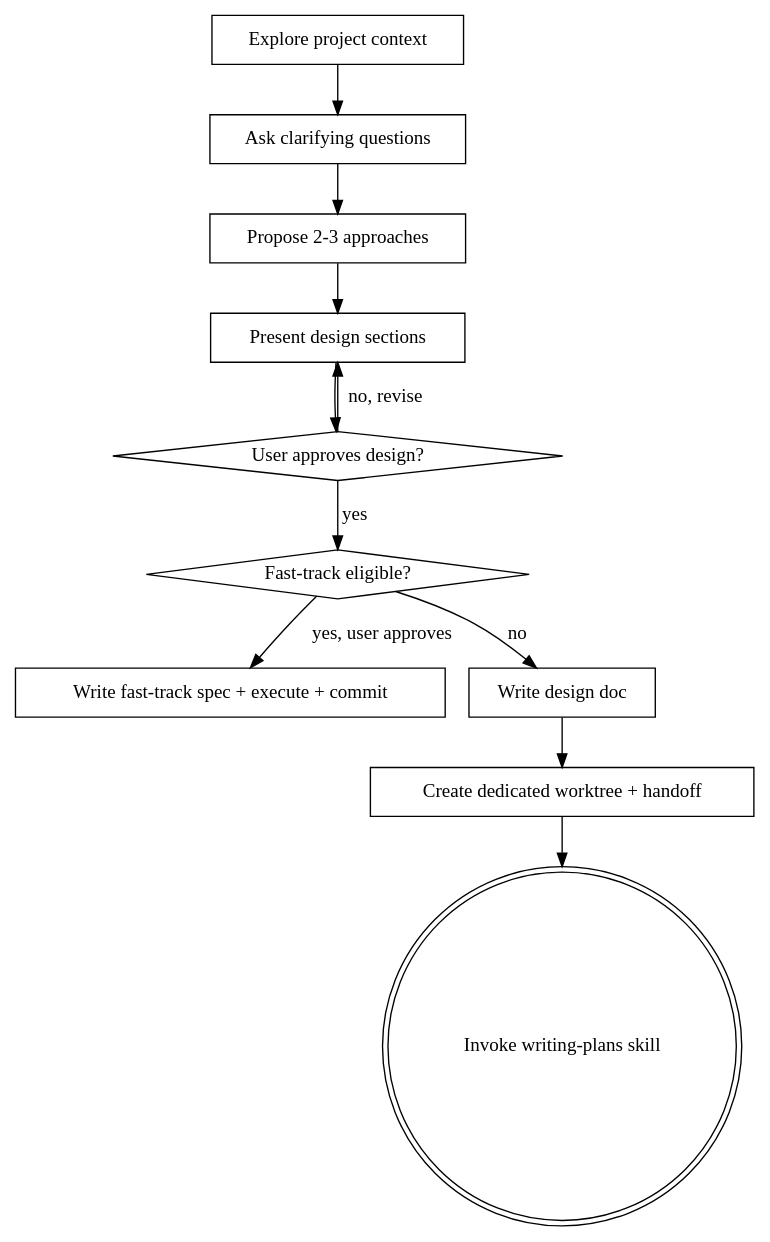
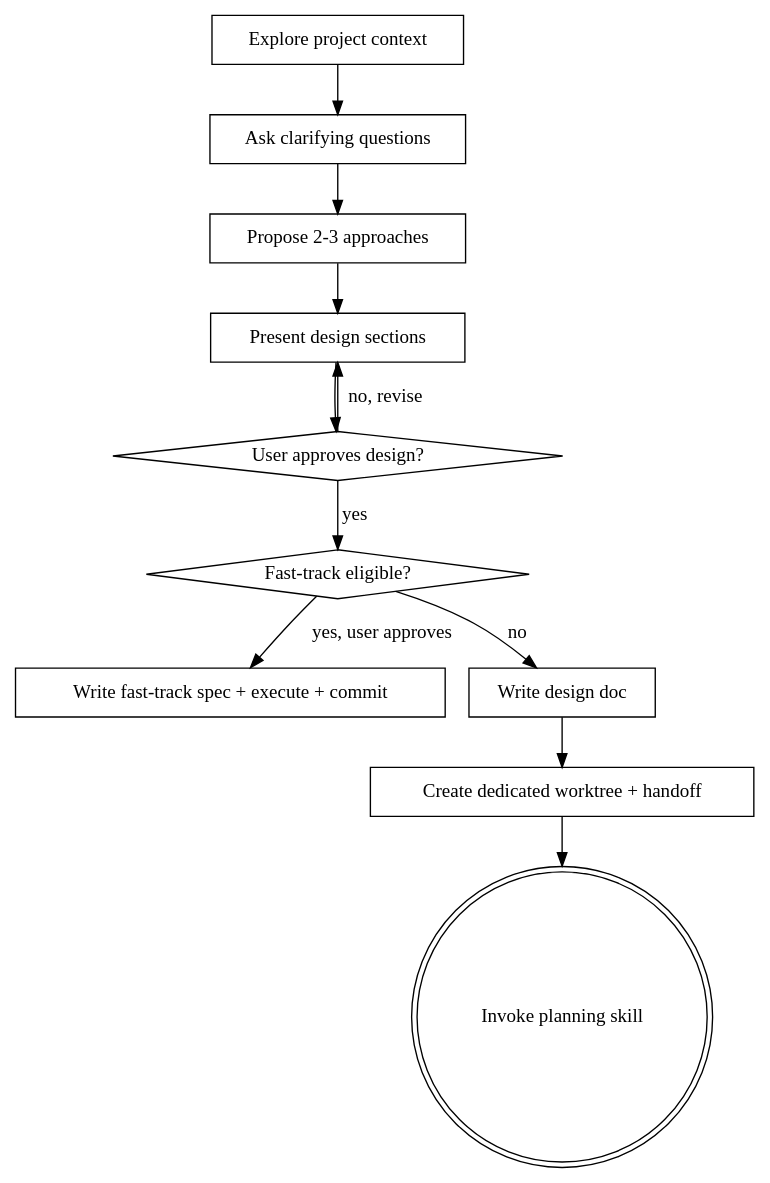
The diagram in designing/SKILL.md (TripQi/travelpowers), drawn with Graphviz before and after one commit. The commit also changed other lines of this file and 13 other files, not shown here.

````diff
--- a/designing/SKILL.md
+++ b/designing/SKILL.md
@@ -74,25 +74,25 @@
 ```dot
-digraph brainstorming {
+digraph designing {
     "Explore project context" [shape=box];
     "Ask clarifying questions" [shape=box];
     "Propose 2-3 approaches" [shape=box];
     "Present design sections" [shape=box];
     "User approves design?" [shape=diamond];
     "Fast-track eligible?" [shape=diamond];
     "Write fast-track spec + execute + commit" [shape=box];
     "Write design doc" [shape=box];
     "Create dedicated worktree + handoff" [shape=box];
-    "Invoke writing-plans skill" [shape=doublecircle];
+    "Invoke planning skill" [shape=doublecircle];
 
     "Explore project context" -> "Ask clarifying questions";
     "Ask clarifying questions" -> "Propose 2-3 approaches";
     "Propose 2-3 approaches" -> "Present design sections";
     "Present design sections" -> "User approves design?";
     "User approves design?" -> "Present design sections" [label="no, revise"];
     "User approves design?" -> "Fast-track eligible?" [label="yes"];
     "Fast-track eligible?" -> "Write fast-track spec + execute + commit" [label="yes, user approves"];
     "Fast-track eligible?" -> "Write design doc" [label="no"];
     "Write design doc" -> "Create dedicated worktree + handoff";
-    "Create dedicated worktree + handoff" -> "Invoke writing-plans skill";
+    "Create dedicated worktree + handoff" -> "Invoke planning skill";
 }
 ```
````
